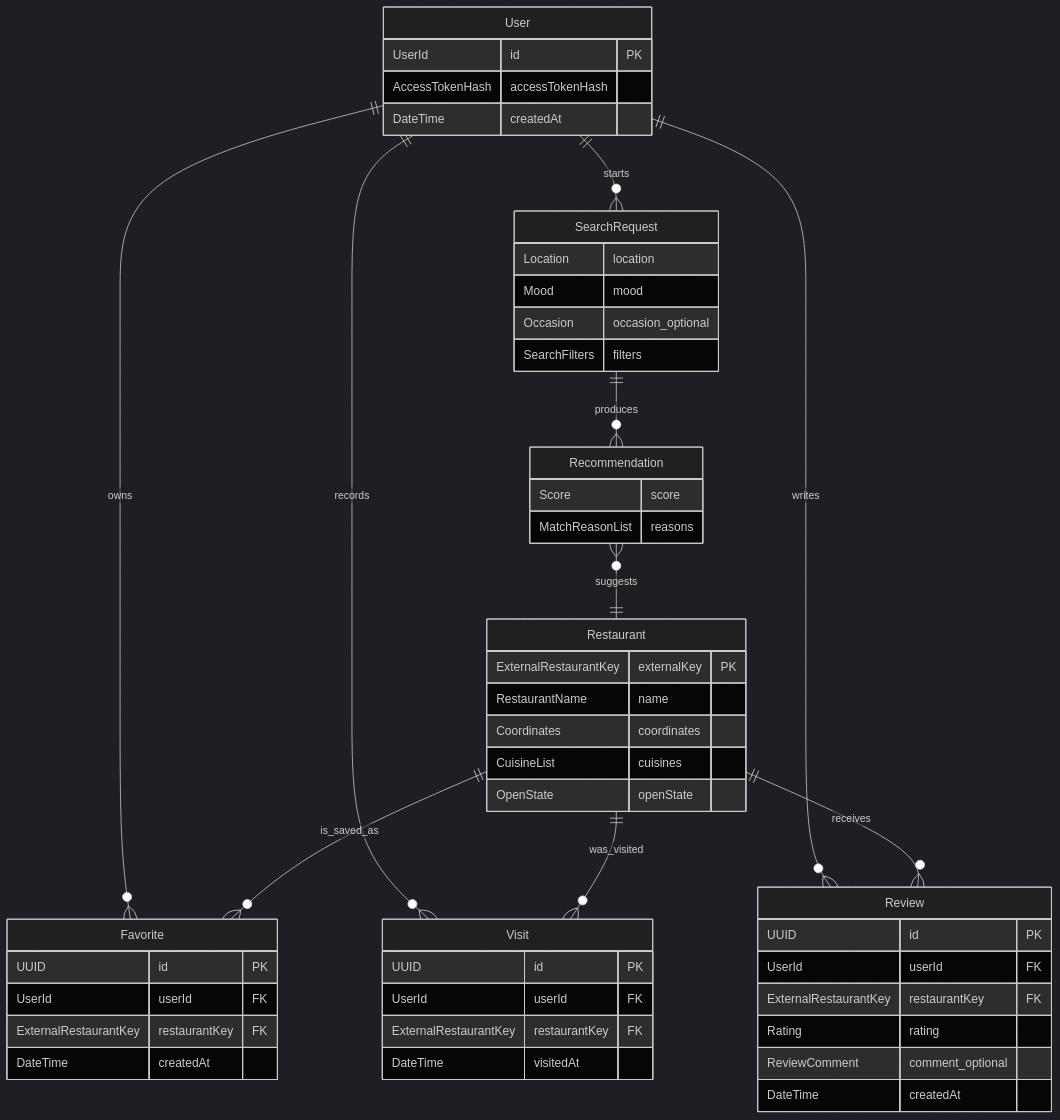
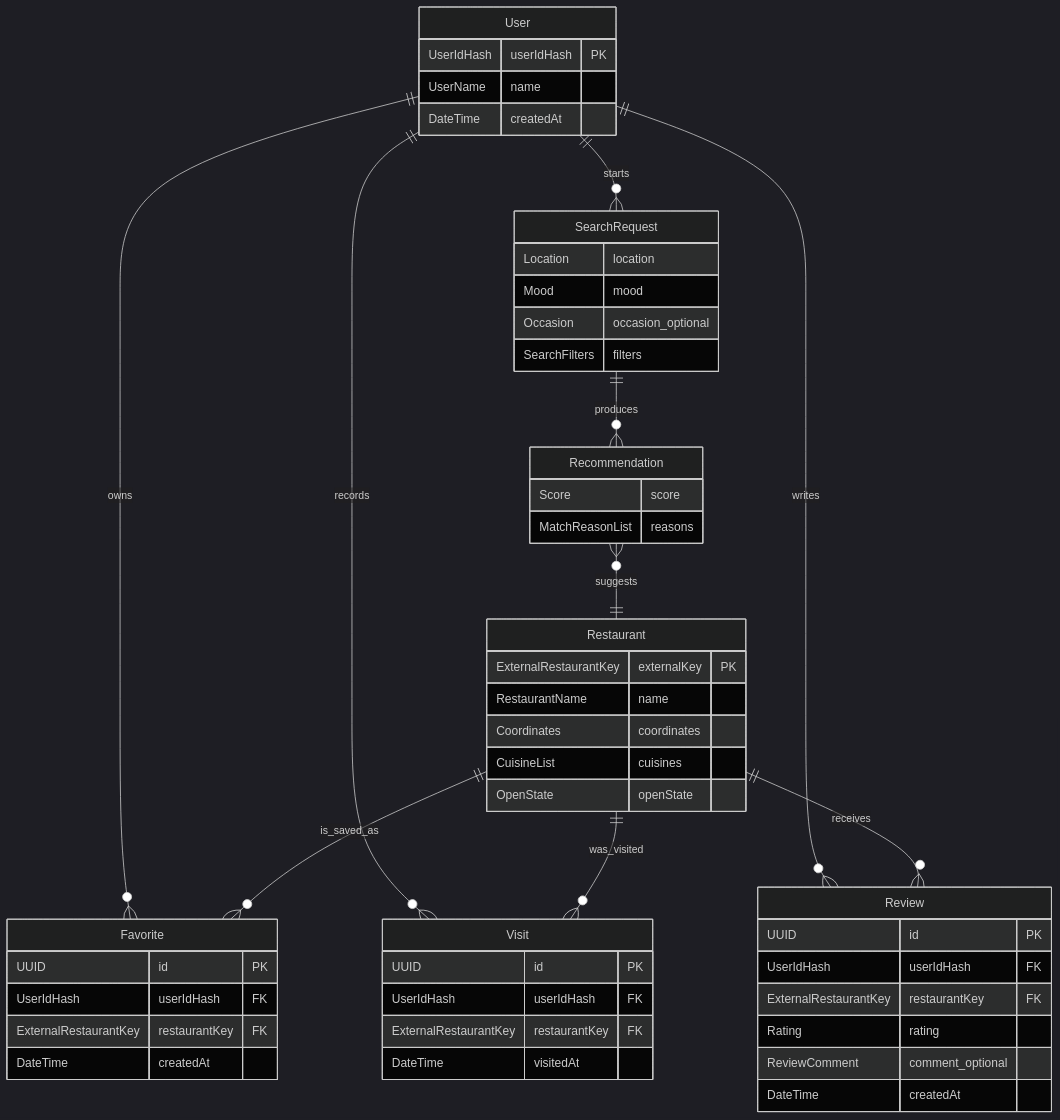
One commit to ahil-trq/thm_wk-1106_food-mood changed the diagram in docs/specs/D1-Datenmodell.md. Above: the diagram before and after it, drawn with Mermaid (dark theme). The commit also changed other lines of this file, not shown here.

Commit message:
docs(spec): revise D1 UserID model and link use cases

````diff
--- a/docs/specs/D1-Datenmodell.md
+++ b/docs/specs/D1-Datenmodell.md
@@ -59,57 +59,57 @@
 ```mermaid
 erDiagram
     User ||--o{ SearchRequest : starts
     SearchRequest ||--o{ Recommendation : produces
     Recommendation }o--|| Restaurant : suggests
 
     User ||--o{ Favorite : owns
     Restaurant ||--o{ Favorite : is_saved_as
 
     User ||--o{ Visit : records
     Restaurant ||--o{ Visit : was_visited
     User ||--o{ Review : writes
     Restaurant ||--o{ Review : receives
 
     User {
-        UserId id PK
-        AccessTokenHash accessTokenHash
+        UserIdHash userIdHash PK
+        UserName name
         DateTime createdAt
     }
     SearchRequest {
         Location location
         Mood mood
         Occasion occasion_optional
         SearchFilters filters
     }
     Recommendation {
         Score score
         MatchReasonList reasons
     }
     Restaurant {
         ExternalRestaurantKey externalKey PK
         RestaurantName name
         Coordinates coordinates
         CuisineList cuisines
         OpenState openState
     }
     Favorite {
         UUID id PK
-        UserId userId FK
+        UserIdHash userIdHash FK
         ExternalRestaurantKey restaurantKey FK
         DateTime createdAt
     }
     Visit {
         UUID id PK
-        UserId userId FK
+        UserIdHash userIdHash FK
         ExternalRestaurantKey restaurantKey FK
         DateTime visitedAt
     }
     Review {
         UUID id PK
-        UserId userId FK
+        UserIdHash userIdHash FK
         ExternalRestaurantKey restaurantKey FK
         Rating rating
         ReviewComment comment_optional
         DateTime createdAt
     }
 ```
````
